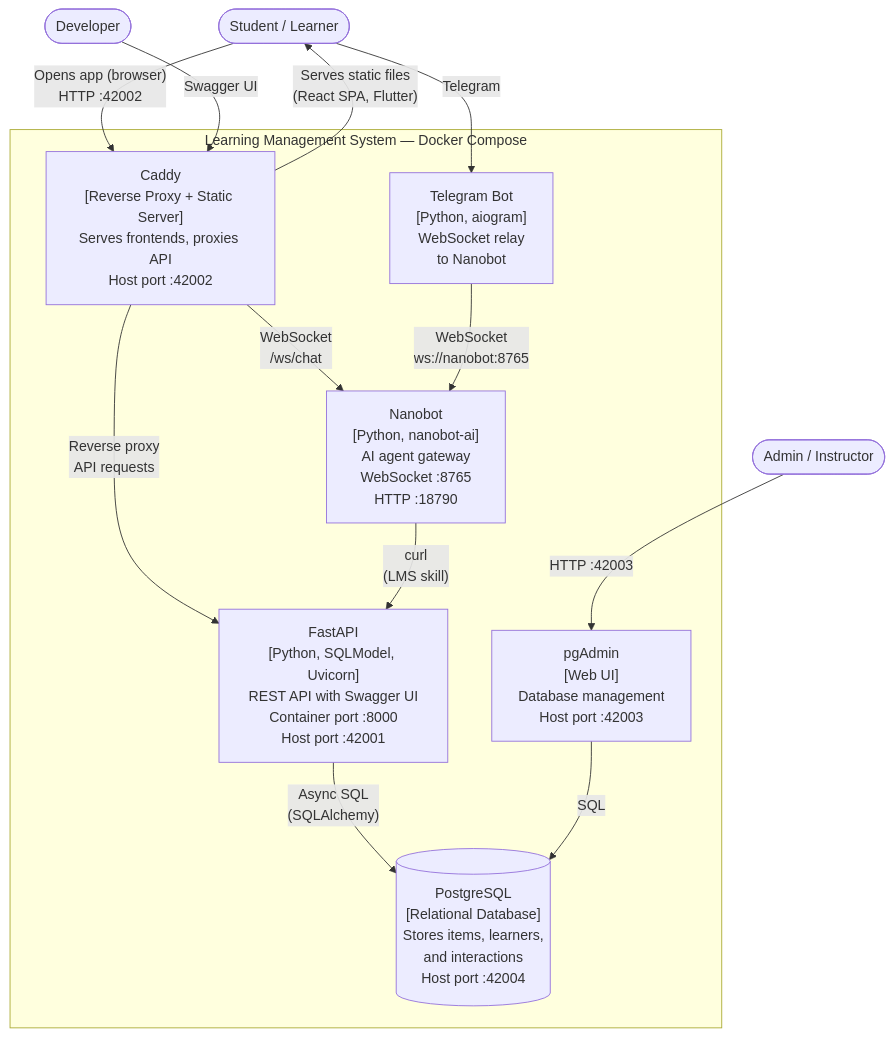
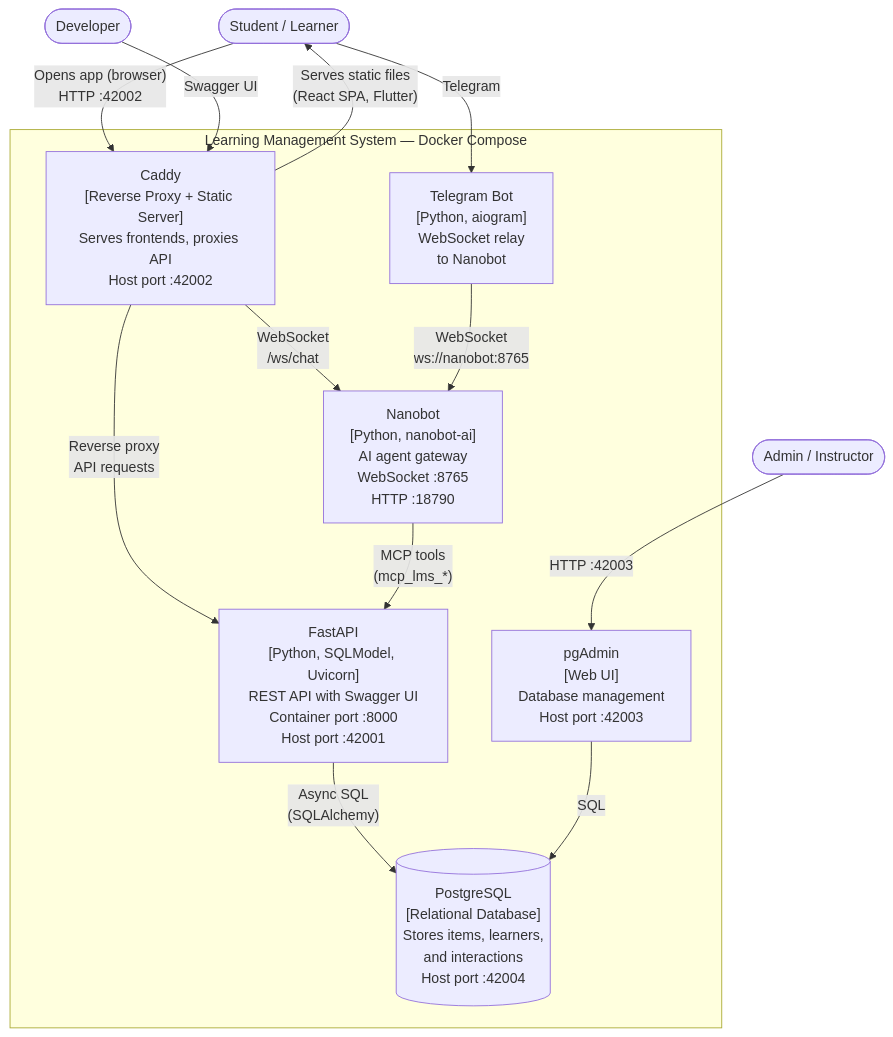
Before and after one commit to shefyo/se-toolkit-lab-8: the third of 7 diagrams in docs/design/architecture.md, drawn with Mermaid. The commit also changed other lines of this file, not shown here.

Commit message:
fix(docs): replace stale curl references with MCP tools in architecture

````diff
--- a/docs/design/architecture.md
+++ b/docs/design/architecture.md
@@ -131,27 +131,27 @@
 ```mermaid
 graph TD
     Student([Student / Learner])
     Admin([Admin / Instructor])
     Developer([Developer])
 
     subgraph "Learning Management System — Docker Compose"
         CADDY["Caddy\n[Reverse Proxy + Static Server]\nServes frontends, proxies API\nHost port :42002"]
         API["FastAPI\n[Python, SQLModel, Uvicorn]\nREST API with Swagger UI\nContainer port :8000\nHost port :42001"]
         DB[("PostgreSQL\n[Relational Database]\nStores items, learners,\nand interactions\nHost port :42004")]
         PGA["pgAdmin\n[Web UI]\nDatabase management\nHost port :42003"]
         NANOBOT["Nanobot\n[Python, nanobot-ai]\nAI agent gateway\nWebSocket :8765\nHTTP :18790"]
         TGBOT["Telegram Bot\n[Python, aiogram]\nWebSocket relay\nto Nanobot"]
     end
 
     Student -->|"Opens app (browser)\nHTTP :42002"| CADDY
     Developer -->|"Swagger UI"| CADDY
     Student -->|"Telegram"| TGBOT
     CADDY -->|"Serves static files\n(React SPA, Flutter)"| Student
     CADDY -->|"Reverse proxy\nAPI requests"| API
     CADDY -->|"WebSocket\n/ws/chat"| NANOBOT
     API -->|"Async SQL\n(SQLAlchemy)"| DB
-    NANOBOT -->|"curl\n(LMS skill)"| API
+    NANOBOT -->|"MCP tools\n(mcp_lms_*)"| API
     TGBOT -->|"WebSocket\nws://nanobot:8765"| NANOBOT
     Admin -->|"HTTP :42003"| PGA
     PGA -->|SQL| DB
 ```
````
